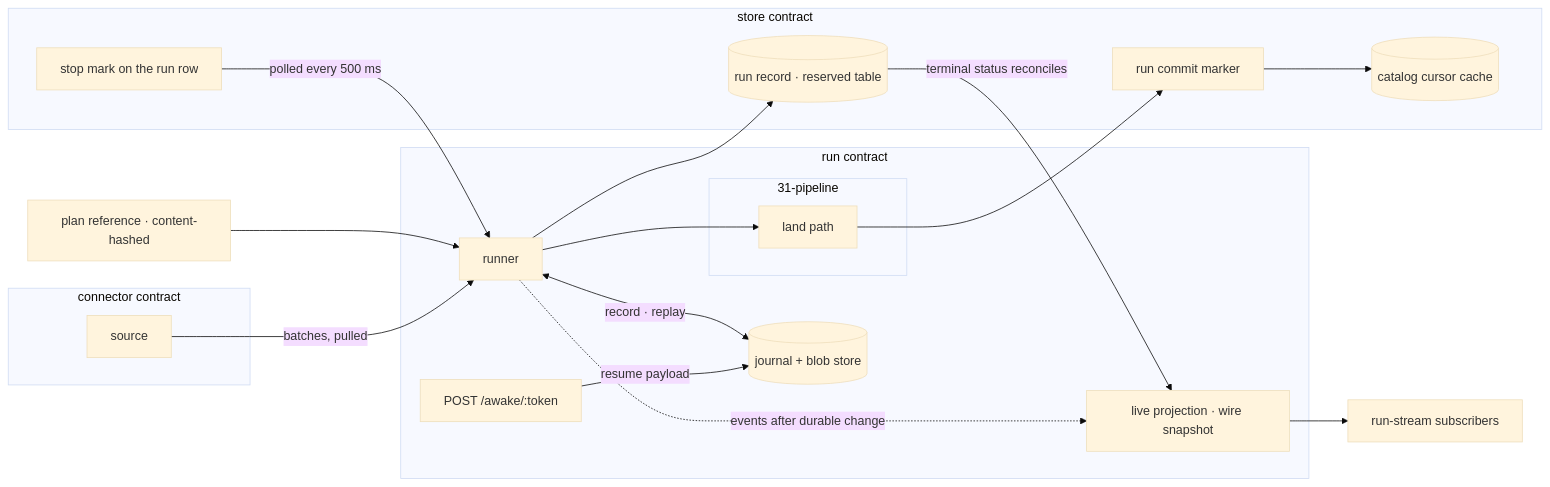
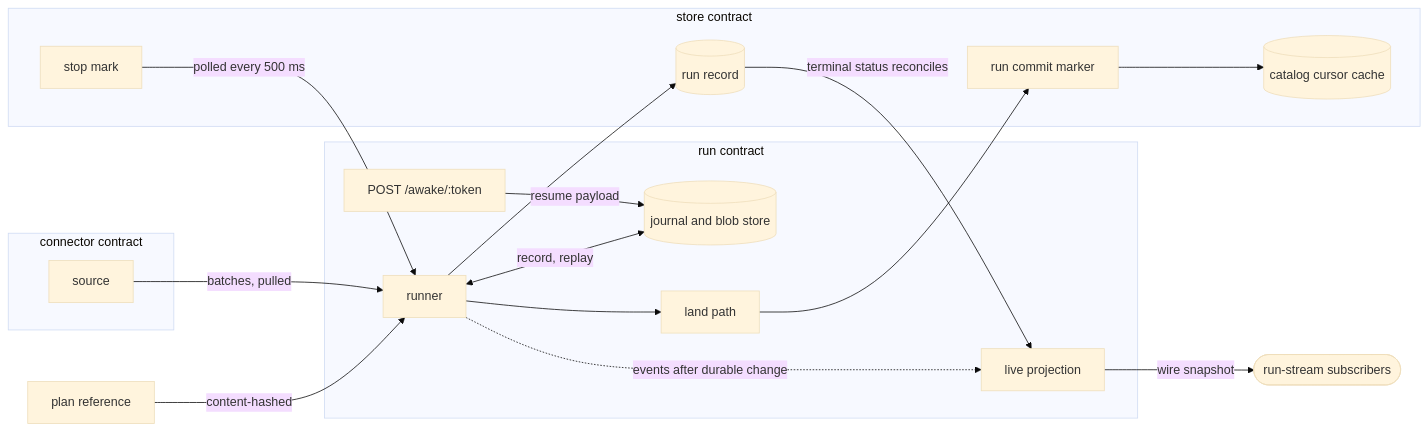
One commit to fractalboxdev/contextful changed the first of 6 diagrams in spec/30-run.md. Above: the diagram before and after it, drawn with Mermaid (base theme). The commit also changed other lines of this file and 24 other files, not shown here.

First line of the commit message:
spec: every flowchart draws one entity or process per node

````diff
--- a/spec/30-run.md
+++ b/spec/30-run.md
@@ -23,33 +23,31 @@
 ```mermaid
 flowchart LR
-  PLAN["plan reference · content-hashed"] --> RUN
+  PLAN["plan reference"] -->|"content-hashed"| RUN
   subgraph CONN["connector contract"]
     SRC["source"]
   end
   subgraph RUNC["run contract"]
     RUN["runner"]
-    J[("journal + blob store")]
+    J[("journal and blob store")]
     AW["POST /awake/:token"]
-    HUB["live projection · wire snapshot"]
-    subgraph PIPE["31-pipeline"]
-      LAND["land path"]
-    end
+    HUB["live projection"]
+    LAND["land path"]
   end
   subgraph STORE["store contract"]
     MARK["run commit marker"]
     CUR[("catalog cursor cache")]
-    STOP["stop mark on the run row"]
-    REC[("run record · reserved table")]
+    STOP["stop mark"]
+    REC[("run record")]
   end
   SRC -->|"batches, pulled"| RUN
-  RUN <-->|"record · replay"| J
+  RUN <-->|"record, replay"| J
   AW -->|"resume payload"| J
   RUN --> LAND
   LAND --> MARK
   MARK --> CUR
   STOP -->|"polled every 500 ms"| RUN
   RUN --> REC
   RUN -. "events after durable change" .-> HUB
   REC -->|"terminal status reconciles"| HUB
-  HUB --> SUB["run-stream subscribers"]
+  HUB -->|"wire snapshot"| SUB(["run-stream subscribers"])
 ```
````
